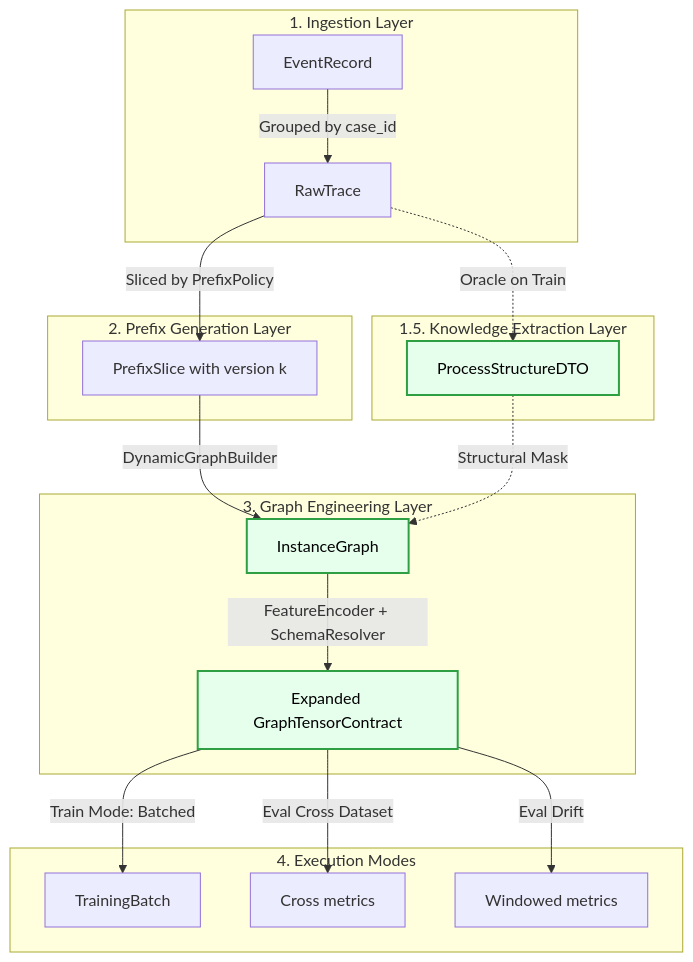
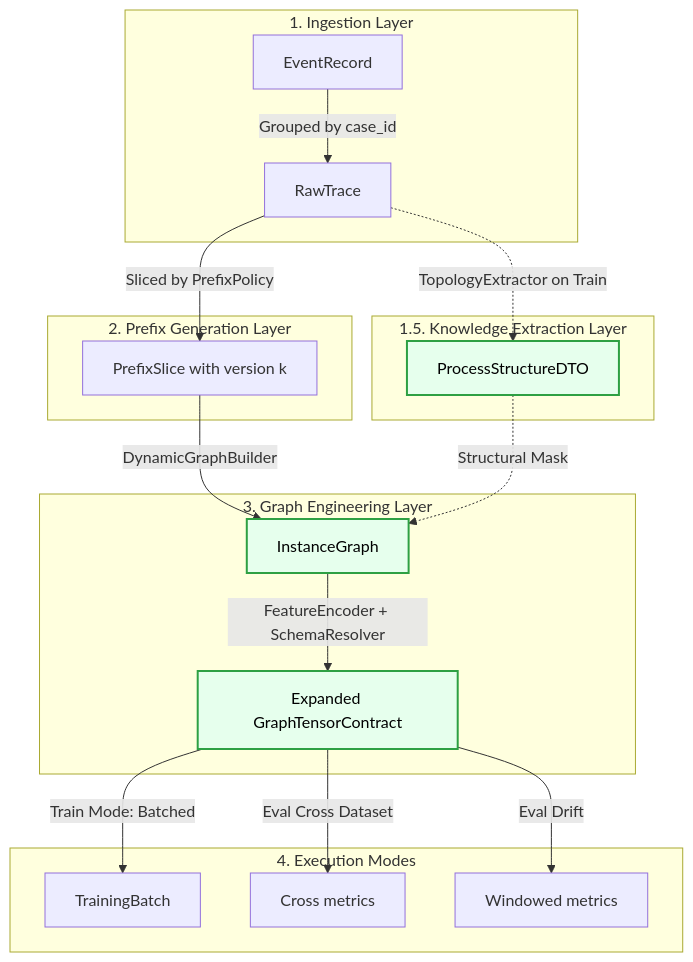
Before and after one commit to ghsrg/bpm_prediction: the second of 4 diagrams in docs/DATA_FLOWS_MVP2.MD, drawn with Mermaid. The commit also changed other lines of this file and 4 other files, not shown here.

````diff
--- a/docs/DATA_FLOWS_MVP2.MD
+++ b/docs/DATA_FLOWS_MVP2.MD
@@ -51,28 +51,28 @@
 ```mermaid
 flowchart TD
     classDef mvp2 fill:#e6ffed,stroke:#2ea043,stroke-width:2px,color:#000;
 
     subgraph 1. Ingestion Layer
         ER[EventRecord] -->|Grouped by case_id| RT[RawTrace]
     end
 
     subgraph 1.5. Knowledge Extraction Layer
-        RT -.->|Oracle on Train| P_DTO[ProcessStructureDTO]:::mvp2
+        RT -.->|TopologyExtractor on Train| P_DTO[ProcessStructureDTO]:::mvp2
     end
 
     subgraph 2. Prefix Generation Layer
         RT -->|Sliced by PrefixPolicy| PS[PrefixSlice with version k]
     end
 
     subgraph 3. Graph Engineering Layer
         PS -->|DynamicGraphBuilder| IG[InstanceGraph]
         P_DTO -.->|Structural Mask| IG:::mvp2
         IG -->|FeatureEncoder + SchemaResolver| GTC[Expanded GraphTensorContract]:::mvp2
     end
 
     subgraph 4. Execution Modes
         GTC -->|Train Mode: Batched| TB[TrainingBatch]
         GTC -->|Eval Cross Dataset| EC[Cross metrics]
         GTC -->|Eval Drift| DW[Windowed metrics]
     end
 ```
````
